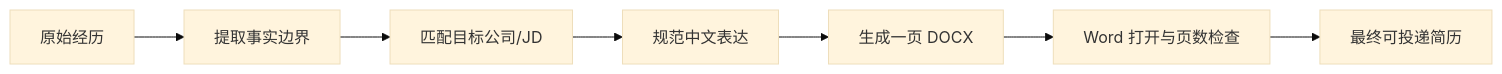
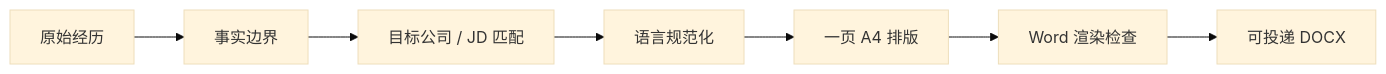
Before and after one commit to hao0401/beautiful-chinese-resume: the diagram in README.md, drawn with Mermaid (base theme). The commit also changed other lines of this file, not shown here.

````diff
--- a/README.md
+++ b/README.md
@@ -57,9 +51,9 @@
 ```mermaid
 flowchart LR
-  A["原始经历"] --> B["提取事实边界"]
-  B --> C["匹配目标公司/JD"]
-  C --> D["规范中文表达"]
-  D --> E["生成一页 DOCX"]
-  E --> F["Word 打开与页数检查"]
-  F --> G["最终可投递简历"]
+  A["原始经历"] --> B["事实边界"]
+  B --> C["目标公司 / JD 匹配"]
+  C --> D["语言规范化"]
+  D --> E["一页 A4 排版"]
+  E --> F["Word 渲染检查"]
+  F --> G["可投递 DOCX"]
 ```
````
